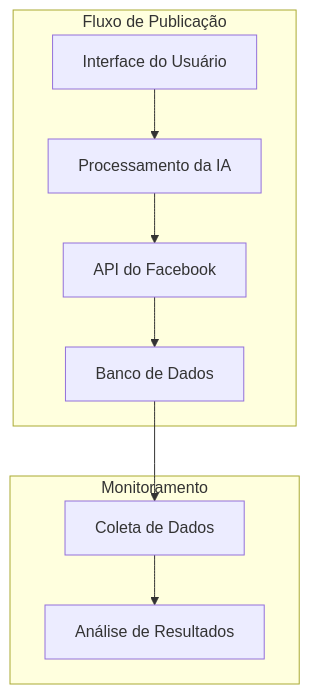
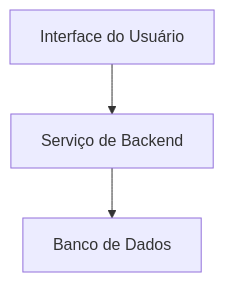
One commit to moroni-silva/moroni-teste changed the diagram in docs/03_fluxo.md. Above: the diagram before and after it, drawn with Mermaid. The commit also changed other lines of this file, not shown here.

````diff
--- a/docs/03_fluxo.md
+++ b/docs/03_fluxo.md
@@ -31,20 +24,5 @@
 ```mermaid
 graph TB
-subgraph "Fluxo de Publicação"
-    UI[Interface do Usuário]
-    PROCESS[Processamento da IA]
-    API[API do Facebook]
-    DB[Banco de Dados]
-end
-
-subgraph "Monitoramento"
-    COLETA[Coleta de Dados]
-    ANALISE[Análise de Resultados]
-end
-
-UI --> PROCESS
-PROCESS --> API
-API --> DB
-DB --> COLETA
-COLETA --> ANALISE
+    UI[Interface do Usuário] --> API[Serviço de Backend]
+    API --> DB[Banco de Dados]
 ```
````
